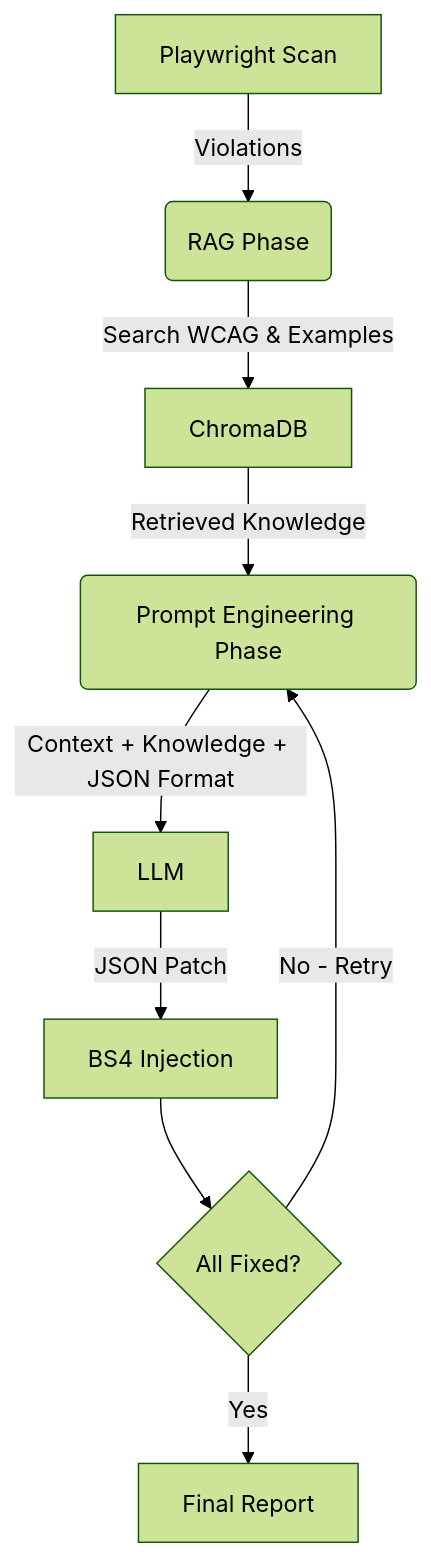
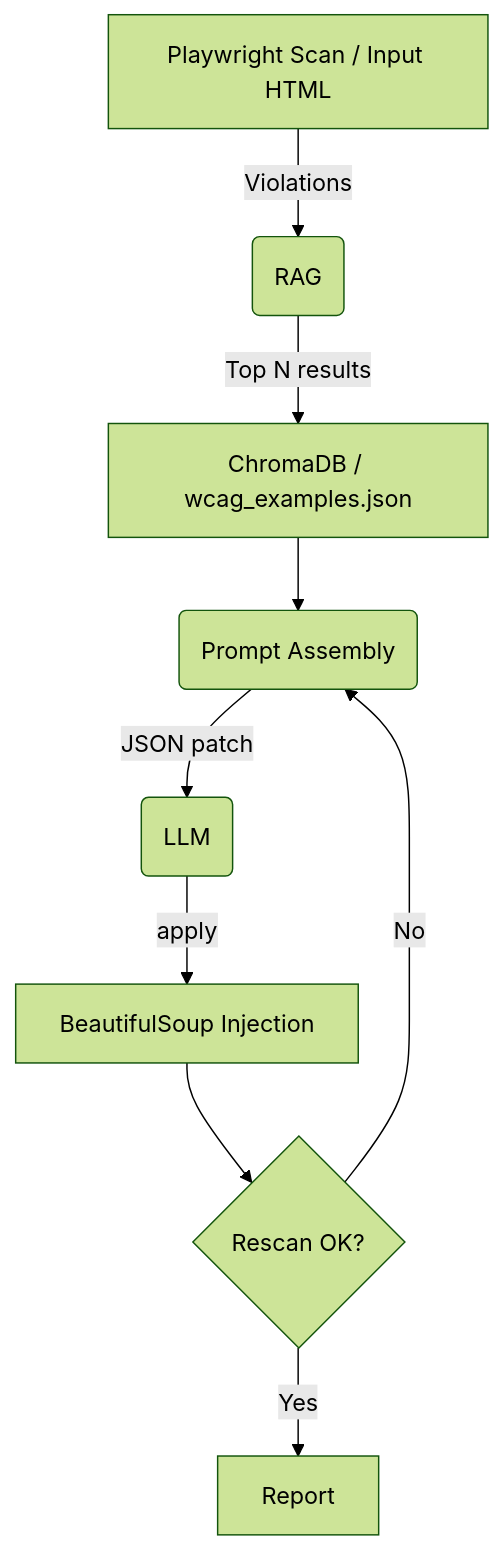
The diagram in methodology.md (SadiaTabassum1216/AccessFix), drawn with Mermaid (forest theme) before and after one commit. The commit also changed other lines of this file and 6 other files, not shown here.

Commit message:
feat: implement LLM-based accessibility repair engine with RAG and dynamic WCAG guidelines support

````diff
--- a/methodology.md
+++ b/methodology.md
@@ -7,11 +10,11 @@
 ```mermaid
 graph TD
-    A[Playwright Scan] -->|Violations| B(RAG Phase)
-    B -->|Search WCAG & Examples| C[ChromaDB]
-    C -->|Retrieved Knowledge| D(Prompt Engineering Phase)
-    D -->|Context + Knowledge + JSON Format| E[LLM]
-    E -->|JSON Patch| F[BS4 Injection]
-    F --> G{All Fixed?}
-    G -->|No - Retry| D
-    G -->|Yes| H[Final Report]
+  A[Playwright Scan / Input HTML] -->|Violations| B(RAG)
+  B -->|Top N results| C[ChromaDB / wcag_examples.json]
+  C --> D(Prompt Assembly)
+  D -->|JSON patch| E(LLM)
+  E -->|apply| F[BeautifulSoup Injection]
+  F --> G{Rescan OK?}
+  G -->|No| D
+  G -->|Yes| H[Report]
 ```
````
